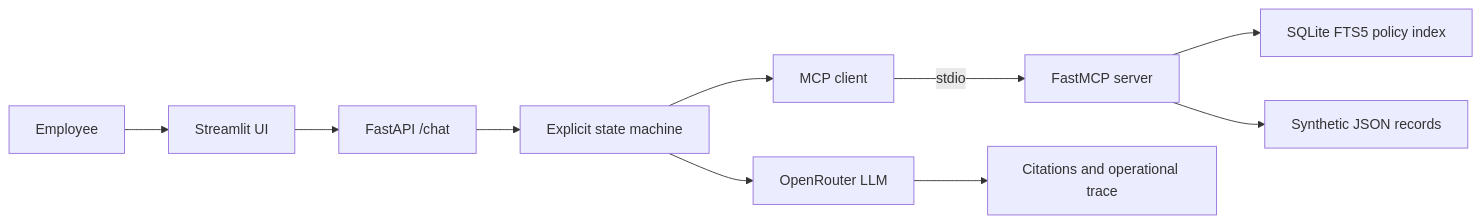
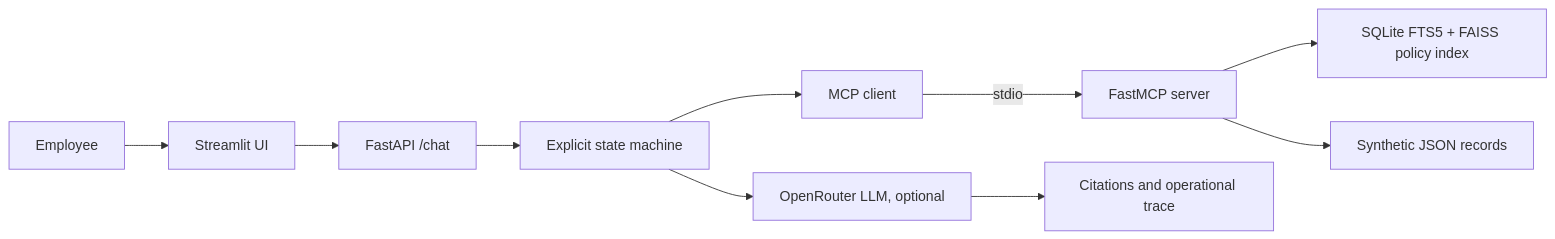
Before and after one commit to linzlive14-dot/RAGs-to-Riches: the diagram in README.md, drawn with Mermaid. The commit also changed other lines of this file and 33 other files, not shown here.

````diff
--- a/README.md
+++ b/README.md
@@ -13,12 +23,12 @@
 ```mermaid
 flowchart LR
     Employee --> UI[Streamlit UI]
     UI --> API[FastAPI /chat]
     API --> Agent[Explicit state machine]
     Agent --> Client[MCP client]
     Client -->|stdio| Server[FastMCP server]
-    Server --> Index[SQLite FTS5 policy index]
+    Server --> Index[SQLite FTS5 + FAISS policy index]
     Server --> Data[Synthetic JSON records]
-    Agent --> LLM[OpenRouter LLM]
+    Agent --> LLM[OpenRouter LLM, optional]
     LLM --> Output[Citations and operational trace]
 ```
````
